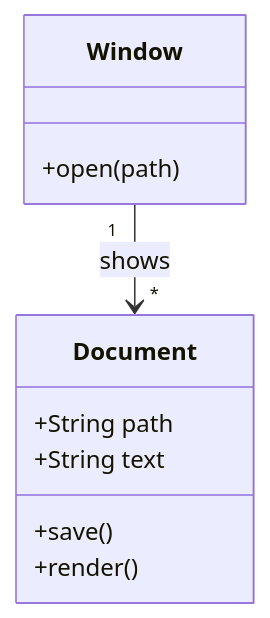
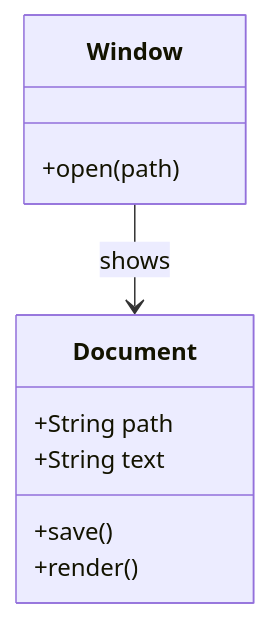
The third of 7 diagrams in ui/examples/examples.md (jgrimard/MarkView), drawn with Mermaid before and after one commit. The commit also changed other lines of this file and 17 other files, not shown here.

First line of the commit message:
Add Find to the preview and fix the examples' diagrams and math

````diff
--- a/ui/examples/examples.md
+++ b/ui/examples/examples.md
@@ -654,13 +648,13 @@
 ```mermaid
 classDiagram
     class Document {
         +String path
         +String text
         +save()
         +render()
     }
     class Window {
         +open(path)
     }
-    Window "1" --> "*" Document : shows
+    Window --> Document : shows
 ```
````
